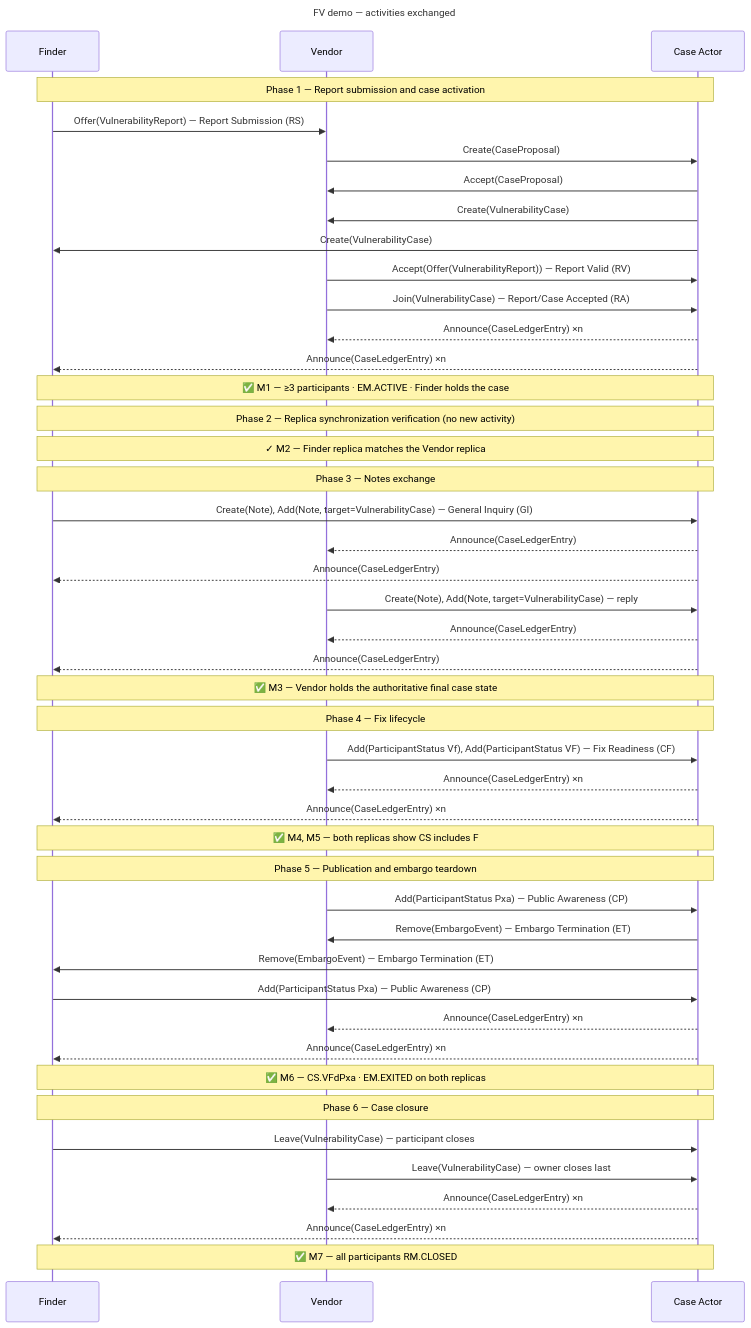
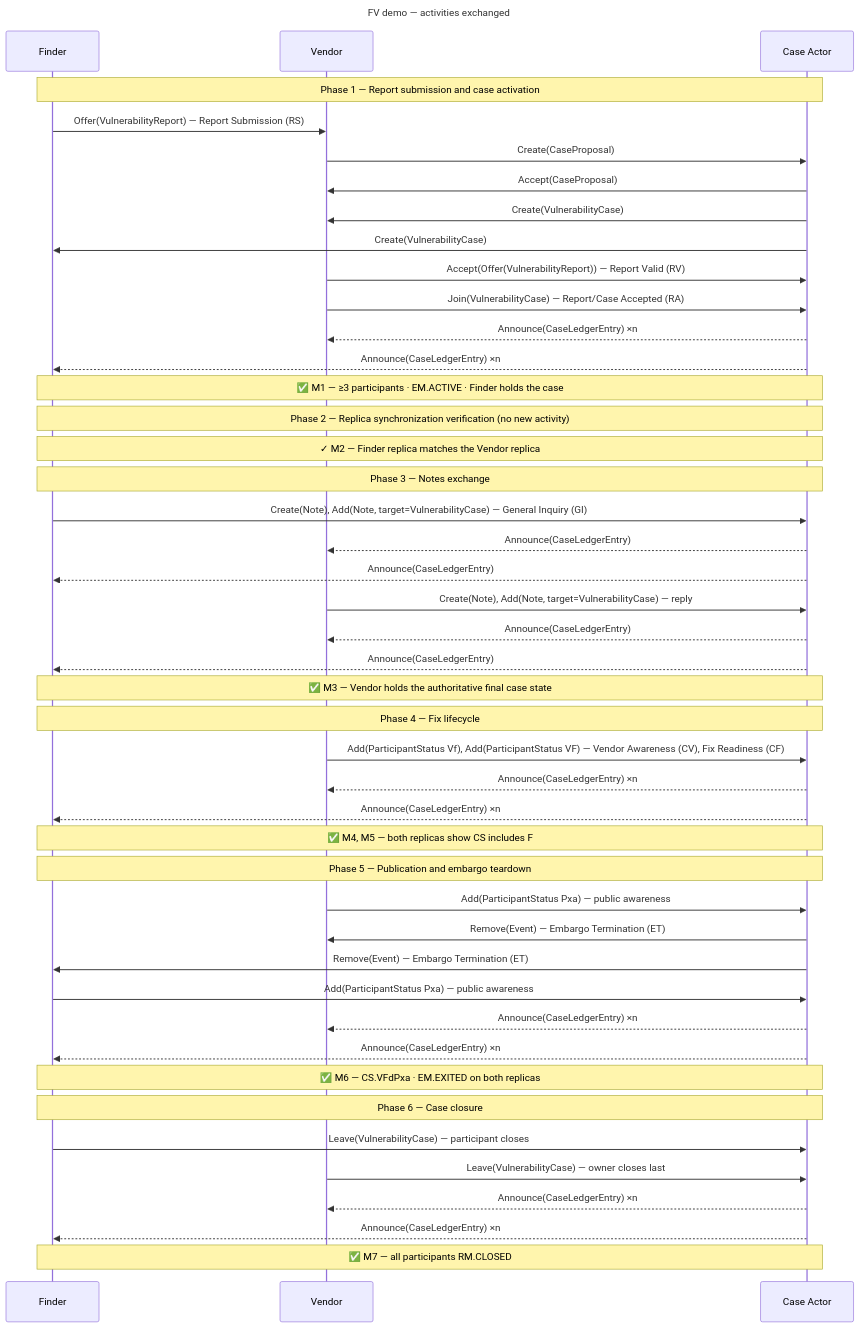
The diagram in docs/reference/fv-demo-protocol.md (CERTCC/Vultron), drawn with Mermaid before and after one commit. The commit also changed other lines of this file and 85 other files, not shown here.

````diff
--- a/docs/reference/fv-demo-protocol.md
+++ b/docs/reference/fv-demo-protocol.md
@@ -49,55 +49,55 @@
 ```mermaid
 ---
 title: FV demo — activities exchanged
 ---
 sequenceDiagram
     participant F as Finder
     participant V as Vendor
     participant CA as Case Actor
 
     note over F,CA: Phase 1 — Report submission and case activation
     F->>V: Offer(VulnerabilityReport) — Report Submission (RS)
     V->>CA: Create(CaseProposal)
     CA->>V: Accept(CaseProposal)
     CA->>V: Create(VulnerabilityCase)
     CA->>F: Create(VulnerabilityCase)
     V->>CA: Accept(Offer(VulnerabilityReport)) — Report Valid (RV)
     V->>CA: Join(VulnerabilityCase) — Report/Case Accepted (RA)
     CA-->>V: Announce(CaseLedgerEntry) ×n
     CA-->>F: Announce(CaseLedgerEntry) ×n
     note over F,CA: ✅ M1 — ≥3 participants · EM.ACTIVE · Finder holds the case
 
     note over F,CA: Phase 2 — Replica synchronization verification (no new activity)
     note over F,CA: ✓ M2 — Finder replica matches the Vendor replica
 
     note over F,CA: Phase 3 — Notes exchange
     F->>CA: Create(Note), Add(Note, target=VulnerabilityCase) — General Inquiry (GI)
     CA-->>V: Announce(CaseLedgerEntry)
     CA-->>F: Announce(CaseLedgerEntry)
     V->>CA: Create(Note), Add(Note, target=VulnerabilityCase) — reply
     CA-->>V: Announce(CaseLedgerEntry)
     CA-->>F: Announce(CaseLedgerEntry)
     note over F,CA: ✅ M3 — Vendor holds the authoritative final case state
 
     note over F,CA: Phase 4 — Fix lifecycle
-    V->>CA: Add(ParticipantStatus Vf), Add(ParticipantStatus VF) — Fix Readiness (CF)
+    V->>CA: Add(ParticipantStatus Vf), Add(ParticipantStatus VF) — Vendor Awareness (CV), Fix Readiness (CF)
     CA-->>V: Announce(CaseLedgerEntry) ×n
     CA-->>F: Announce(CaseLedgerEntry) ×n
     note over F,CA: ✅ M4, M5 — both replicas show CS includes F
 
     note over F,CA: Phase 5 — Publication and embargo teardown
-    V->>CA: Add(ParticipantStatus Pxa) — Public Awareness (CP)
-    CA->>V: Remove(EmbargoEvent) — Embargo Termination (ET)
-    CA->>F: Remove(EmbargoEvent) — Embargo Termination (ET)
-    F->>CA: Add(ParticipantStatus Pxa) — Public Awareness (CP)
+    V->>CA: Add(ParticipantStatus Pxa) — public awareness
+    CA->>V: Remove(Event) — Embargo Termination (ET)
+    CA->>F: Remove(Event) — Embargo Termination (ET)
+    F->>CA: Add(ParticipantStatus Pxa) — public awareness
     CA-->>V: Announce(CaseLedgerEntry) ×n
     CA-->>F: Announce(CaseLedgerEntry) ×n
     note over F,CA: ✅ M6 — CS.VFdPxa · EM.EXITED on both replicas
 
     note over F,CA: Phase 6 — Case closure
     F->>CA: Leave(VulnerabilityCase) — participant closes
     V->>CA: Leave(VulnerabilityCase) — owner closes last
     CA-->>V: Announce(CaseLedgerEntry) ×n
     CA-->>F: Announce(CaseLedgerEntry) ×n
     note over F,CA: ✅ M7 — all participants RM.CLOSED
 ```
````
